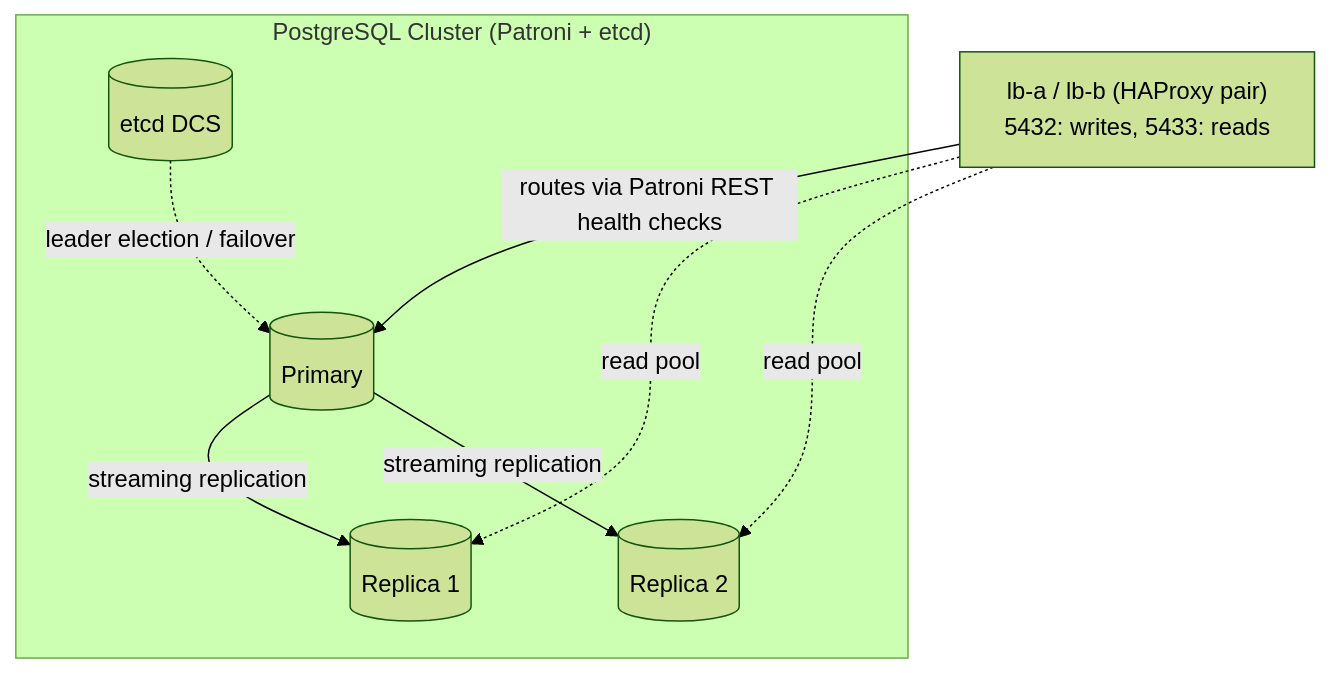
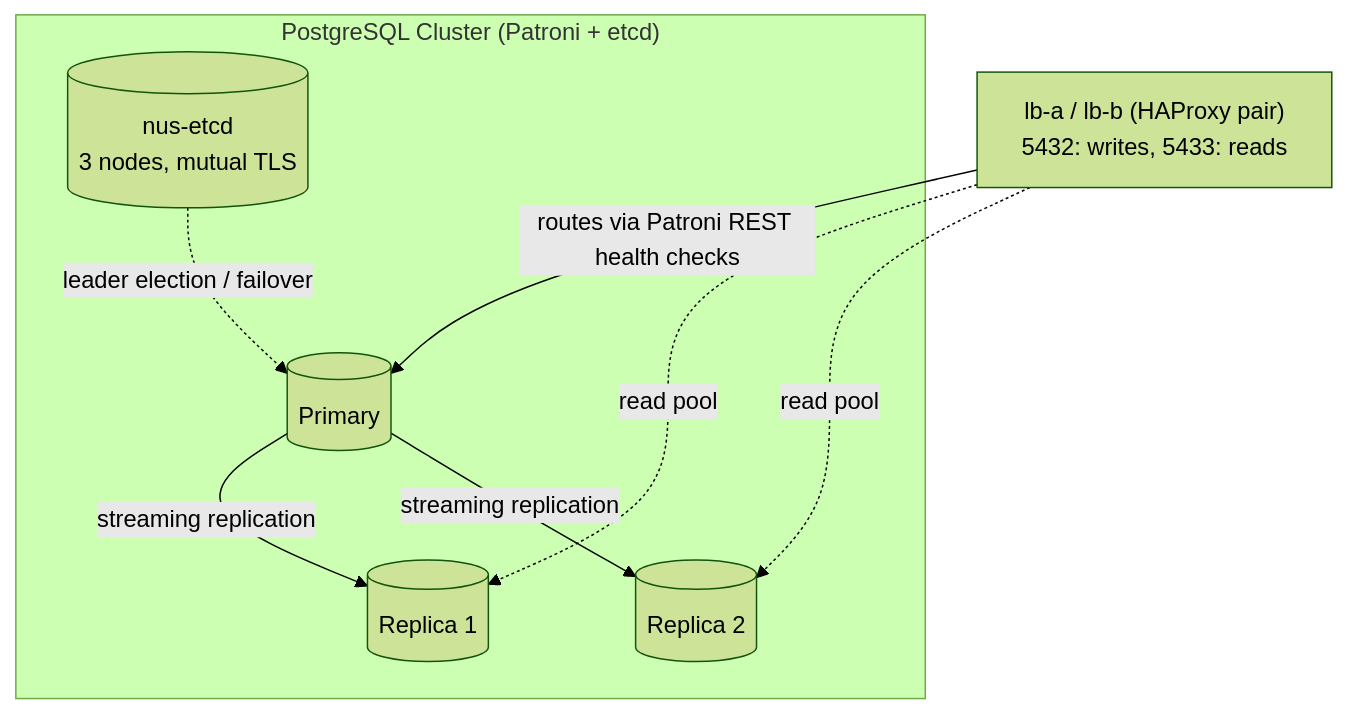
The fifth of 9 diagrams in README.md (bahman-farhadian/Meanul-Data-Studio), drawn with Mermaid (forest theme) before and after one commit. The commit also changed other lines of this file and 8 other files, not shown here.

Commit message:
Harden a-infra-postgres: 3-node TLS nus-etcd, 10y certs with SANs, etcd.env, REST auth, UTC policy

````diff
--- a/README.md
+++ b/README.md
@@ -299,18 +306,18 @@
 ```mermaid
 graph TB
     HAP["lb-a / lb-b (HAProxy pair)<br/>5432: writes, 5433: reads"]
 
     subgraph PGCluster ["PostgreSQL Cluster (Patroni + etcd)"]
         PRIM[("Primary")]
         REP1[("Replica 1")]
         REP2[("Replica 2")]
-        ETCD[("etcd DCS")]
+        ETCD[("nus-etcd<br/>3 nodes, mutual TLS")]
     end
 
     HAP -->|"routes via Patroni REST health checks"| PRIM
     HAP -.->|"read pool"| REP1
     HAP -.->|"read pool"| REP2
     PRIM -->|"streaming replication"| REP1
     PRIM -->|"streaming replication"| REP2
     ETCD -.->|"leader election / failover"| PRIM
 ```
````
